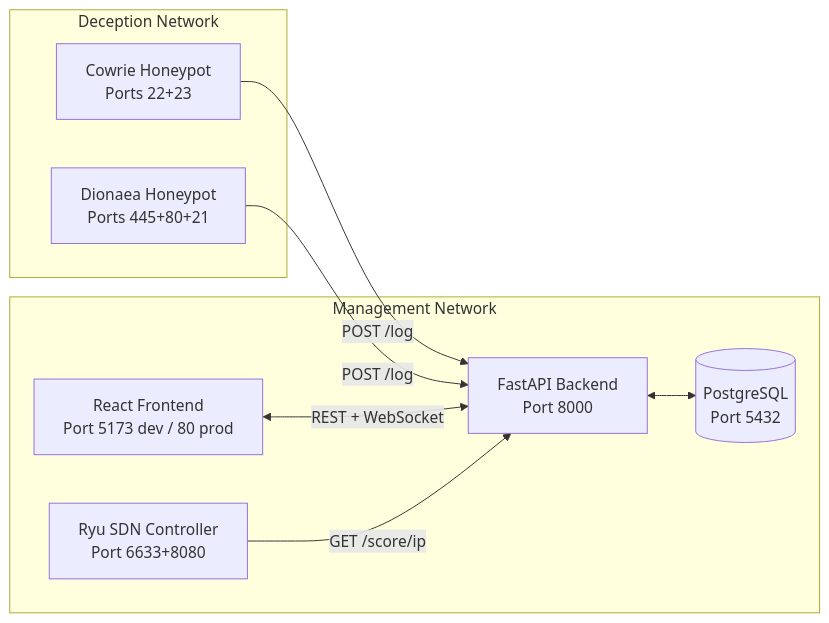
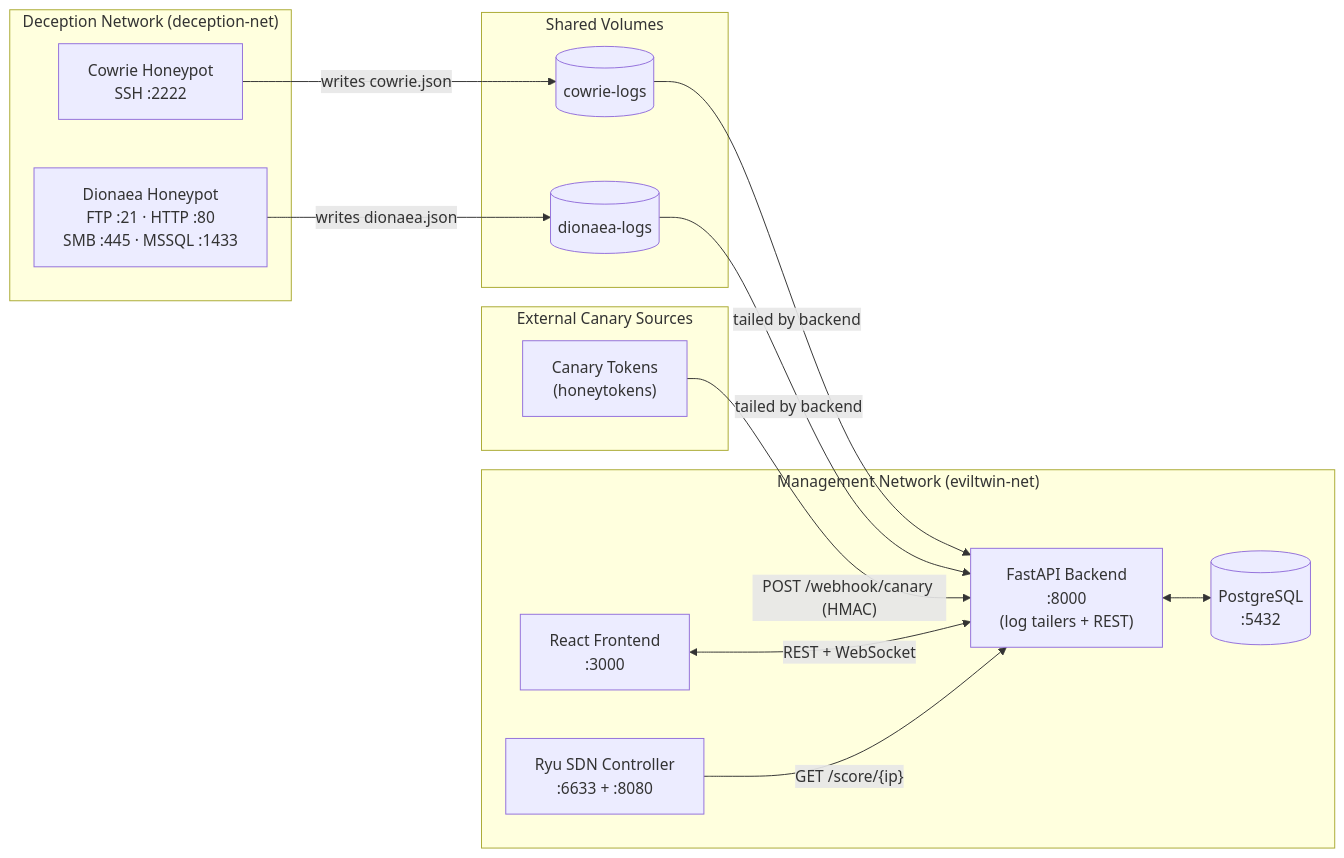
Before and after one commit to Janaashraf992/EvilTwin: the diagram in docs-site/docs/operations-and-deployment.md, drawn with Mermaid. The commit also changed other lines of this file and 48 other files, not shown here.

````diff
--- a/docs-site/docs/operations-and-deployment.md
+++ b/docs-site/docs/operations-and-deployment.md
@@ -11,19 +11,29 @@
 ```mermaid
 flowchart LR
-    subgraph Deception Network
-        COW[Cowrie Honeypot<br/>Ports 22+23]
-        DIO[Dionaea Honeypot<br/>Ports 445+80+21]
+    subgraph Deception["Deception Network (deception-net)"]
+        COW["Cowrie Honeypot<br/>SSH :2222"]
+        DIO["Dionaea Honeypot<br/>FTP :21 · HTTP :80<br/>SMB :445 · MSSQL :1433"]
     end
-    subgraph Management Network
-        BE[FastAPI Backend<br/>Port 8000]
-        PG[(PostgreSQL<br/>Port 5432)]
-        RYU[Ryu SDN Controller<br/>Port 6633+8080]
-        FE[React Frontend<br/>Port 5173 dev / 80 prod]
+    subgraph External["External Canary Sources"]
+        CAN["Canary Tokens<br/>(honeytokens)"]
+    end
+    subgraph Volumes["Shared Volumes"]
+        CLOG[(cowrie-logs)]
+        DLOG[(dionaea-logs)]
+    end
+    subgraph Management["Management Network (eviltwin-net)"]
+        BE["FastAPI Backend<br/>:8000<br/>(log tailers + REST)"]
+        PG[(PostgreSQL<br/>:5432)]
+        RYU["Ryu SDN Controller<br/>:6633 + :8080"]
+        FE["React Frontend<br/>:3000"]
     end
 
-    COW -->|POST /log| BE
-    DIO -->|POST /log| BE
+    COW -->|"writes cowrie.json"| CLOG
+    DIO -->|"writes dionaea.json"| DLOG
+    CLOG -->|"tailed by backend"| BE
+    DLOG -->|"tailed by backend"| BE
+    CAN -->|"POST /webhook/canary (HMAC)"| BE
     BE <--> PG
-    FE <-->|REST + WebSocket| BE
-    RYU -->|GET /score/ip| BE
+    FE <-->|"REST + WebSocket"| BE
+    RYU -->|"GET /score/{ip}"| BE
 ```
````
